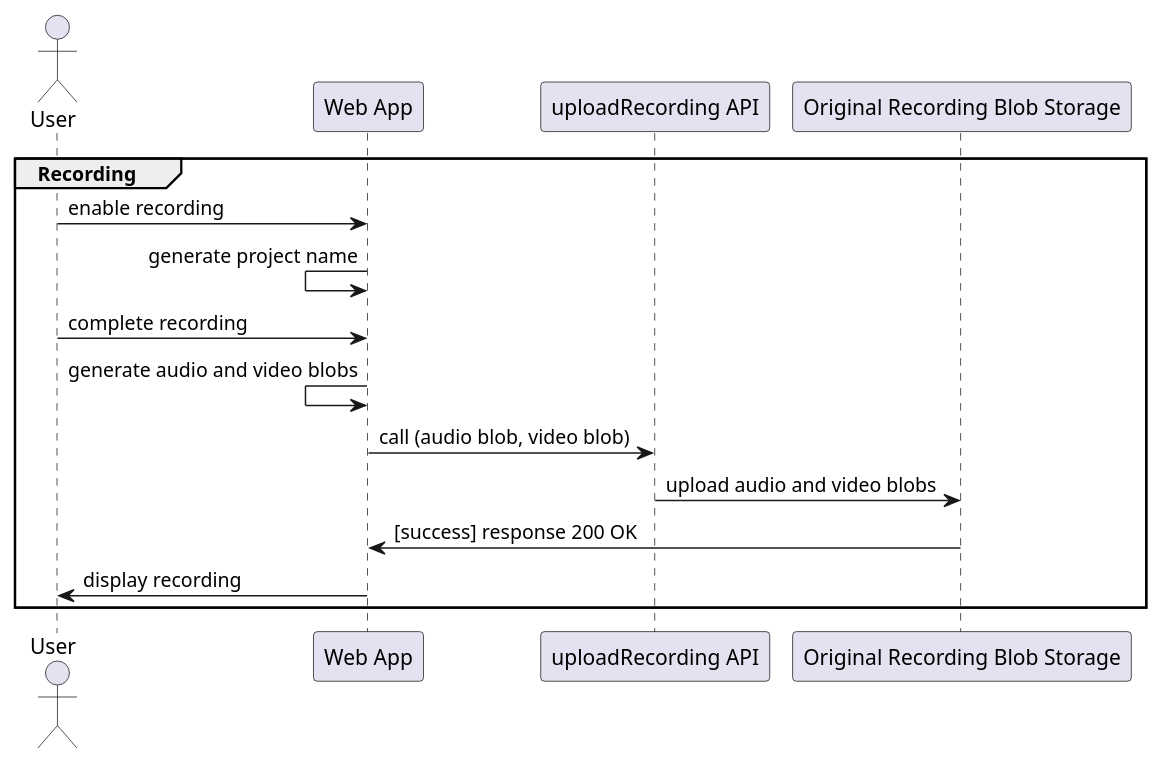
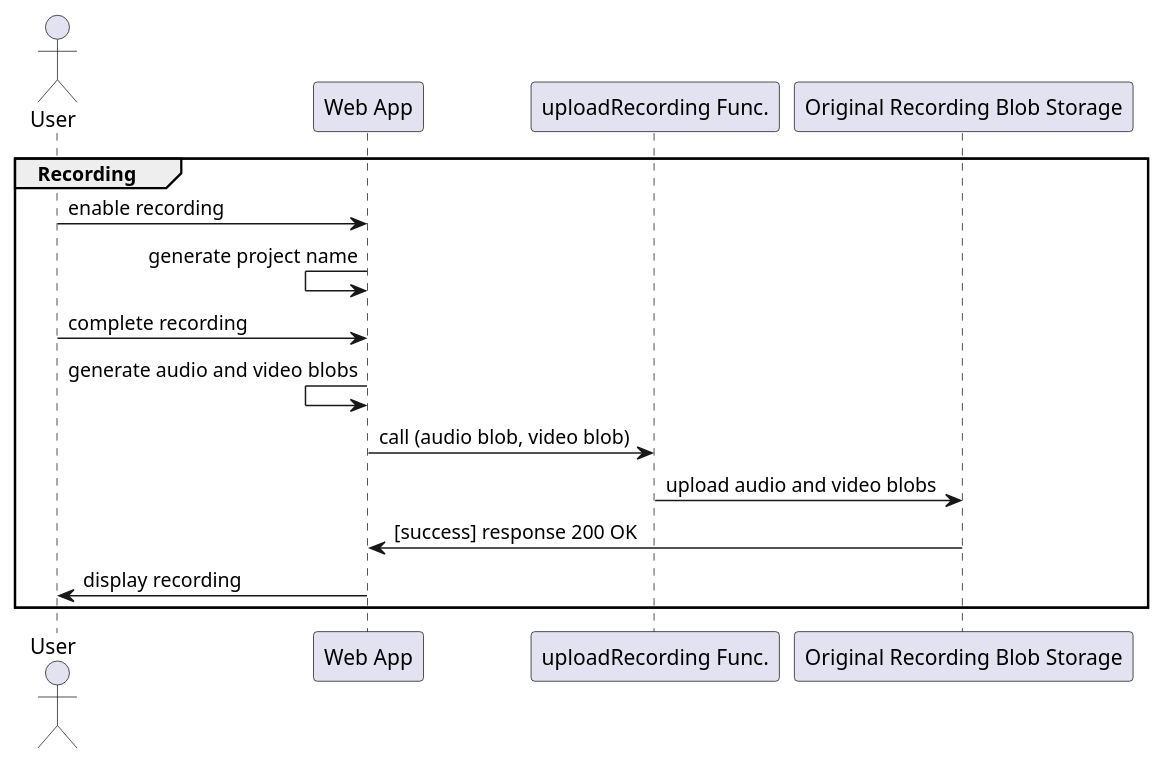
Before and after one commit to jennifer-platt/ECM2429-UML: the diagram in examples/recording.puml, drawn with PlantUML. The commit also changed 2 other files, not shown here.

Commit message:
Changing API to Func.

```diff
--- a/examples/recording.puml
+++ b/examples/recording.puml
@@ -1,18 +1,18 @@
 @startuml recording
 
 Actor User
 
 group Recording
 User -> "Web App": enable recording
 "Web App" <- "Web App": generate project name
 User -> "Web App": complete recording
 
 "Web App" <- "Web App": generate audio and video blobs
-"Web App" -> "uploadRecording API": call (audio blob, video blob)
-"uploadRecording API" -> "Original Recording Blob Storage": upload audio and video blobs
+"Web App" -> "uploadRecording Func.": call (audio blob, video blob)
+"uploadRecording Func." -> "Original Recording Blob Storage": upload audio and video blobs
 "Web App" <- "Original Recording Blob Storage": [success] response 200 OK
 User <- "Web App": display recording
 
 end
 
 @enduml
```
